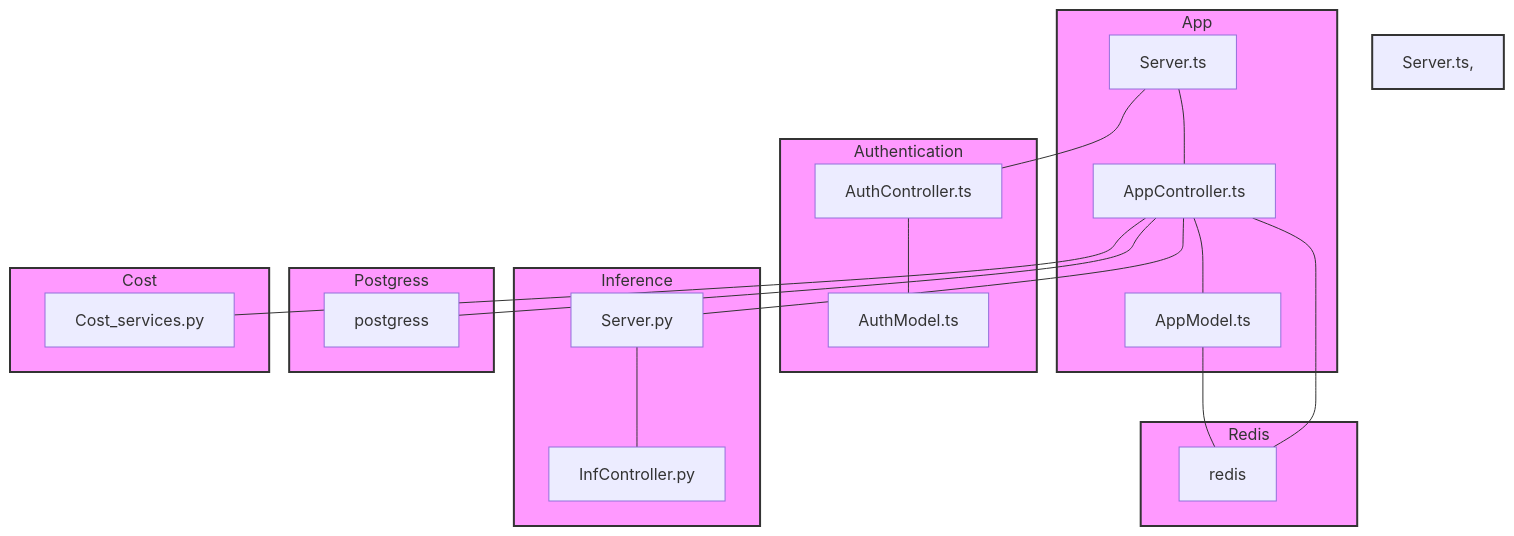
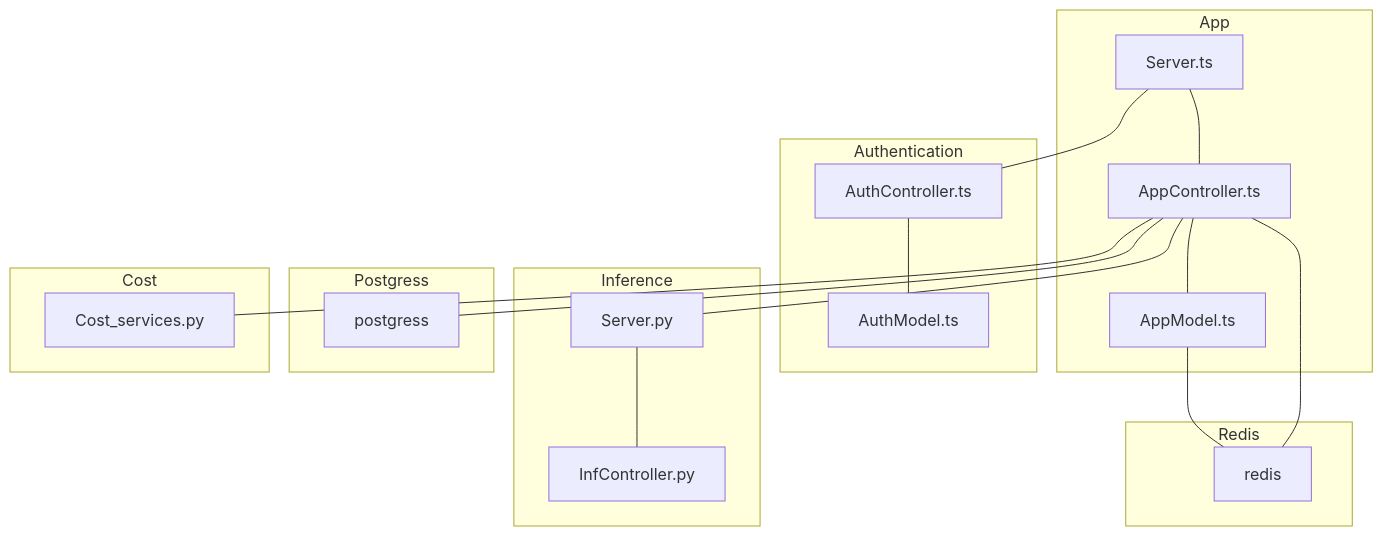
Before and after one commit to AgneseBruglia/PA2024: the second of 16 diagrams in README.md, drawn with Mermaid.

````diff
--- a/README.md
+++ b/README.md
@@ -53,50 +54,40 @@
 ```mermaid
 graph TD;
-
     subgraph App
-    style App fill:#f9f,stroke:#333,stroke-width:2px;
     Server.ts --- AppController.ts 
     AppController.ts 
     AppModel.ts 
     AppController.ts --- AppModel.ts
     end
 
     subgraph Redis
-    style Redis fill:#f9f,stroke:#333,stroke-width:2px;
     redis
     end
 
     subgraph Authentication
-    style Authentication fill:#f9f,stroke:#333,stroke-width:2px;
     Server.ts --- AuthController.ts
     AuthController.ts 
     AuthModel.ts 
     AuthController.ts --- AuthModel.ts
     end
 
     subgraph Inference
-    style Inference fill:#f9f,stroke:#333,stroke-width:2px;
     Server.py --- InfController.py
     InfController.py
     end
 
     subgraph Postgress
-    style Postgress fill:#f9f,stroke:#333,stroke-width:2px;
     postgress
     end
 
     subgraph Cost
-    style Cost fill:#f9f,stroke:#333,stroke-width:2px;
     Cost_services.py
     end
 
     AppModel.ts --- redis
     AppController.ts --- postgress
     AppController.ts --- Server.py
     AppController.ts --- redis
     AppController.ts --- Cost_services.py
 
-    %% Style lines
-    style Server.ts, AuthController.ts, InfController.py, AppModel.ts, Cost_services.py fill:#fff,stroke:#333,stroke-width:2px;
-
 ```
````
